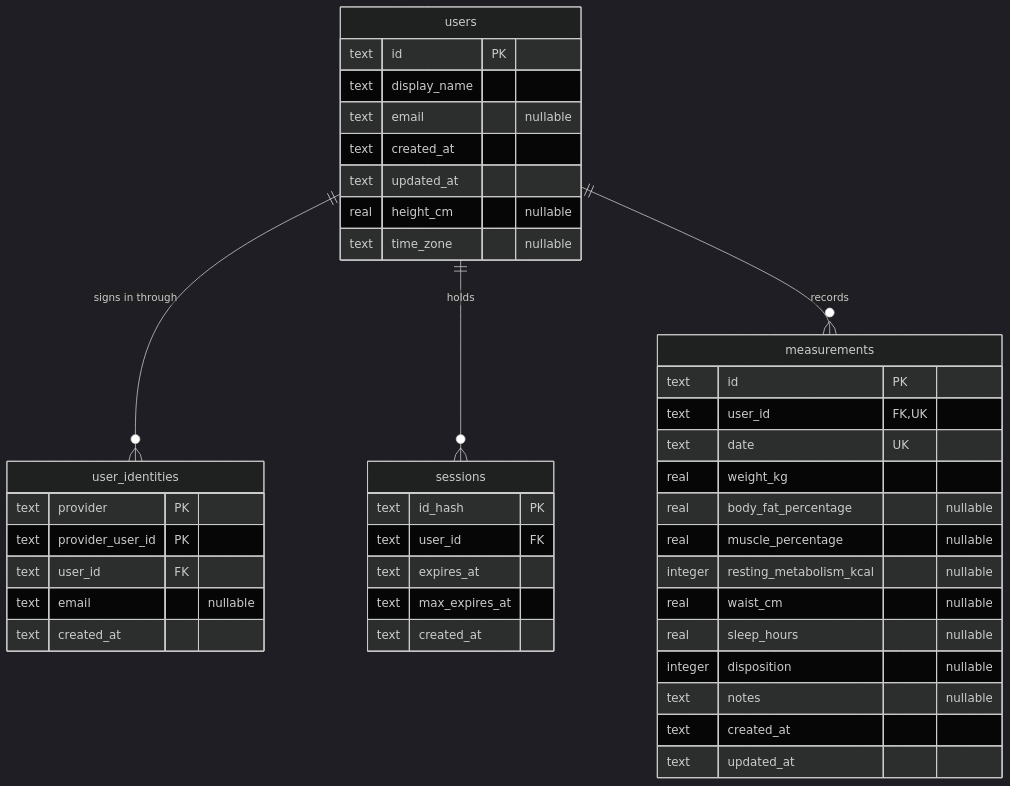
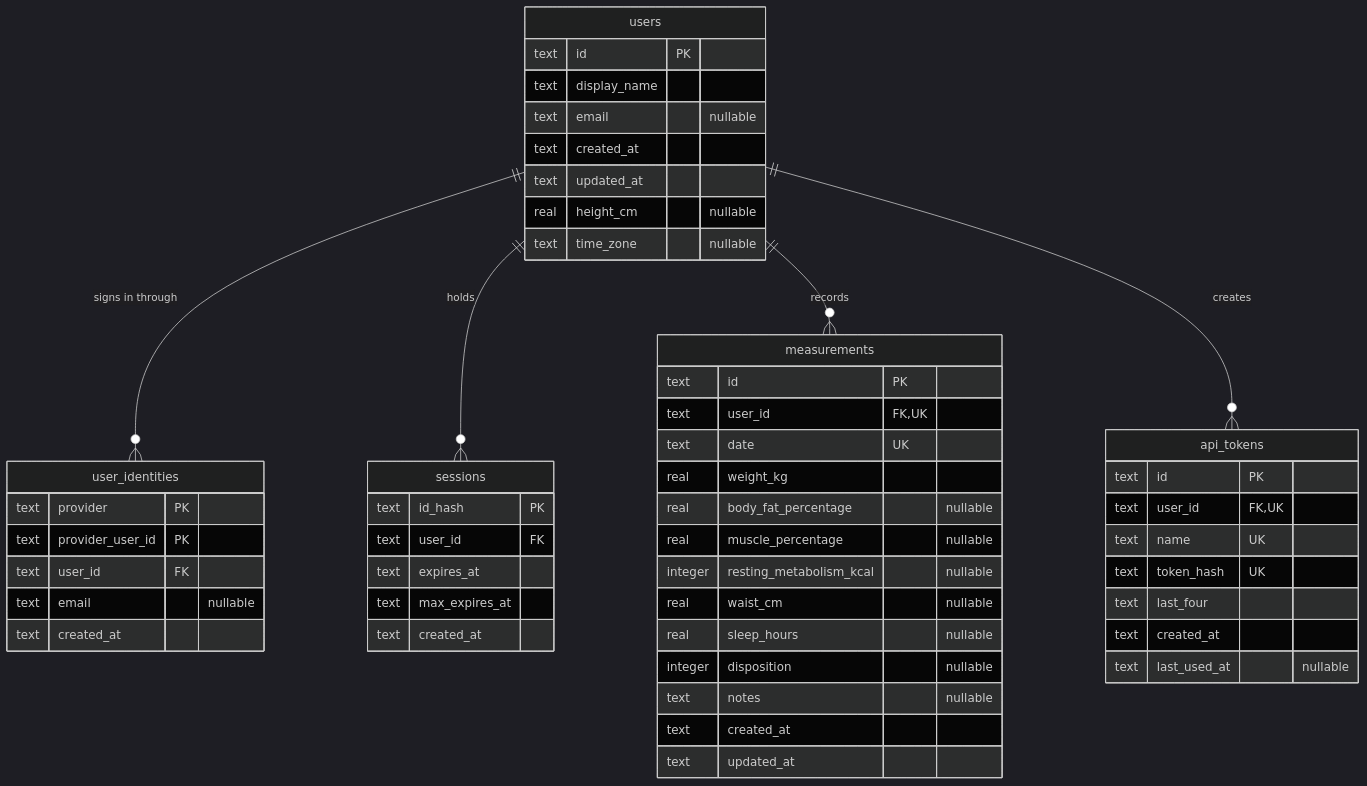
One commit to antonbsa/bodylog changed the diagram in docs/reference/database.md. Above: the diagram before and after it, drawn with Mermaid (dark theme). The commit also changed other lines of this file and 11 other files, not shown here.

First line of the commit message:
feat: add personal API token management routes

````diff
--- a/docs/reference/database.md
+++ b/docs/reference/database.md
@@ -17,45 +17,55 @@
 ```mermaid
 erDiagram
     users ||--o{ user_identities : "signs in through"
     users ||--o{ sessions : "holds"
     users ||--o{ measurements : "records"
+    users ||--o{ api_tokens : "creates"
 
     users {
         text id PK
         text display_name
         text email "nullable"
         text created_at
         text updated_at
         real height_cm "nullable"
         text time_zone "nullable"
     }
     user_identities {
         text provider PK
         text provider_user_id PK
         text user_id FK
         text email "nullable"
         text created_at
     }
     sessions {
         text id_hash PK
         text user_id FK
         text expires_at
         text max_expires_at
         text created_at
     }
     measurements {
         text id PK
         text user_id FK, UK
         text date UK
         real weight_kg
         real body_fat_percentage "nullable"
         real muscle_percentage "nullable"
         integer resting_metabolism_kcal "nullable"
         real waist_cm "nullable"
         real sleep_hours "nullable"
         integer disposition "nullable"
         text notes "nullable"
         text created_at
         text updated_at
     }
+    api_tokens {
+        text id PK
+        text user_id FK, UK
+        text name UK
+        text token_hash UK
+        text last_four
+        text created_at
+        text last_used_at "nullable"
+    }
 ```
````
